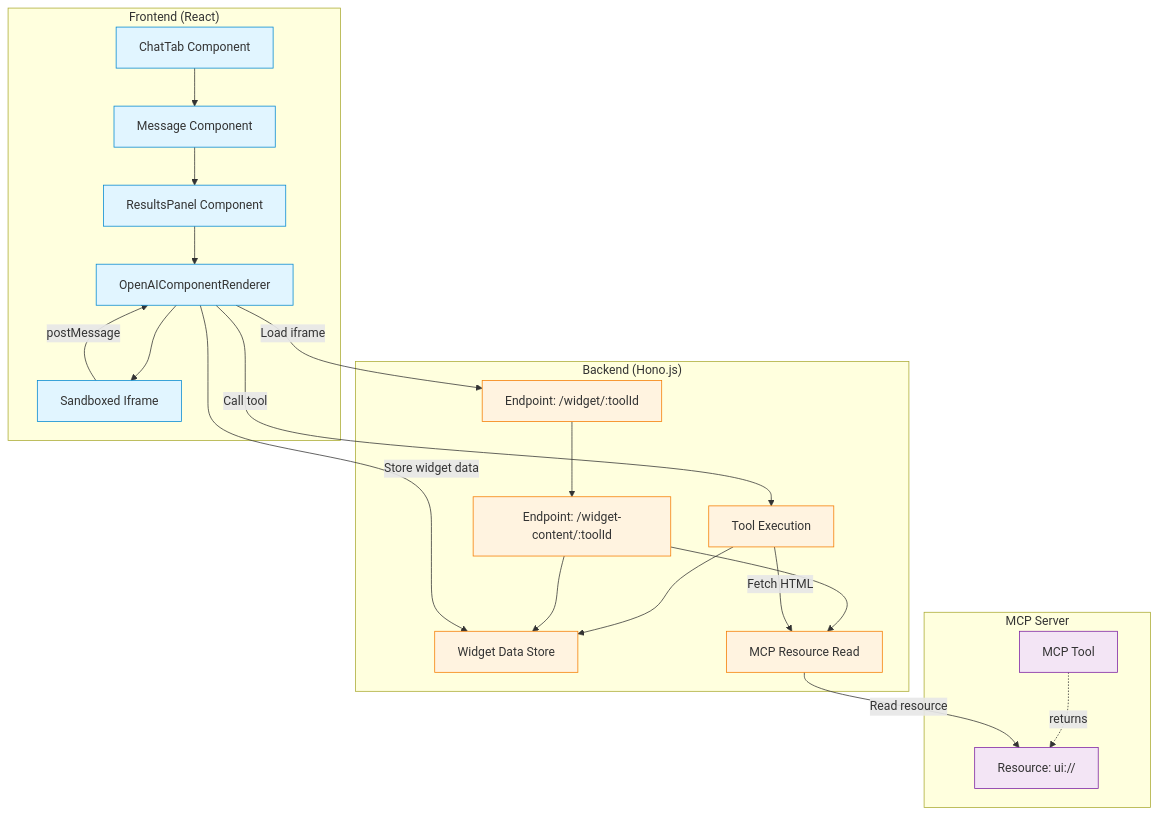
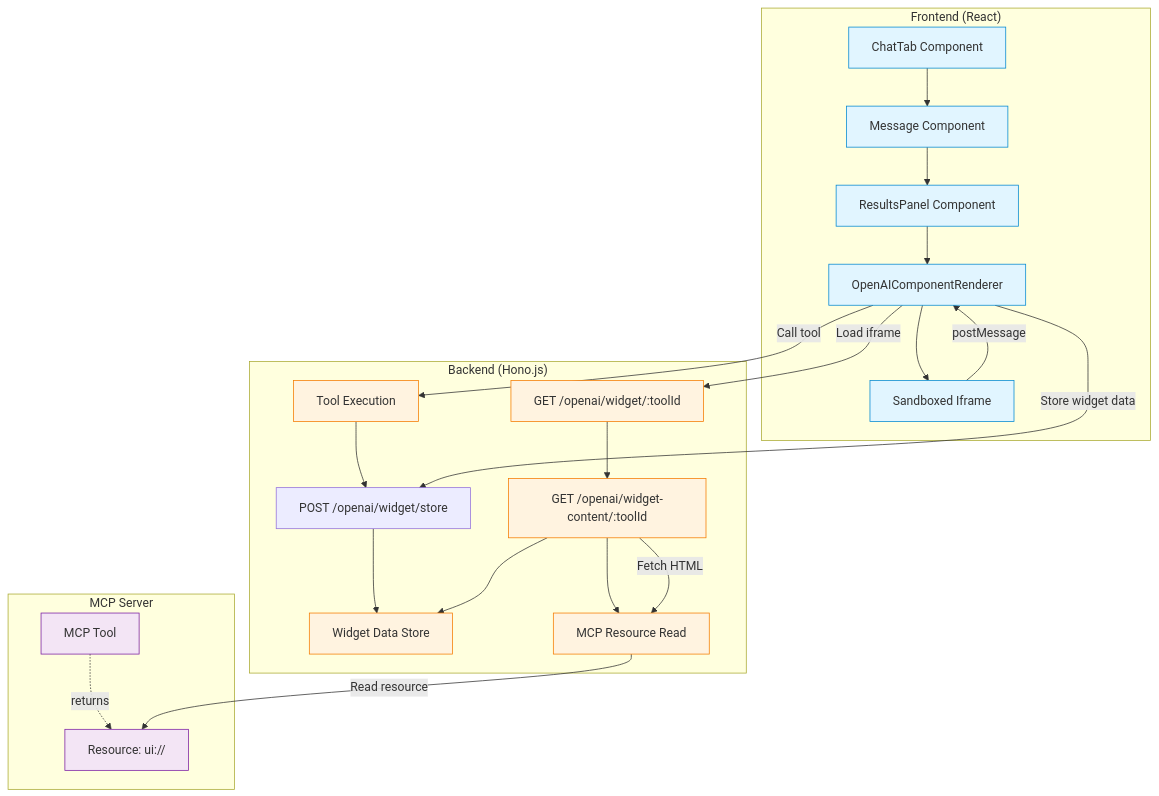
The first of 5 diagrams in docs/contributing/openai-sdk-architecture.mdx (MCPJam/inspector), drawn with Mermaid before and after one commit. The commit also changed other lines of this file and 1 other file, not shown here.

Commit message:
Update OpenAI SDK Architecture Documentation (#793)

````diff
--- a/docs/contributing/openai-sdk-architecture.mdx
+++ b/docs/contributing/openai-sdk-architecture.mdx
@@ -27,50 +29,52 @@
 ```mermaid
 graph TB
     subgraph Frontend["Frontend (React)"]
         Chat[ChatTab Component]
         Message[Message Component]
         Results[ResultsPanel Component]
         Renderer[OpenAIComponentRenderer]
         Iframe[Sandboxed Iframe]
 
         Chat --> Message
         Message --> Results
         Results --> Renderer
         Renderer --> Iframe
     end
 
     subgraph Backend["Backend (Hono.js)"]
         ToolExec[Tool Execution]
         Storage[Widget Data Store]
-        WidgetEndpoint["Endpoint: /widget/:toolId"]
-        ContentEndpoint["Endpoint: /widget-content/:toolId"]
+        StoreEndpoint["POST /openai/widget/store"]
+        WidgetEndpoint["GET /openai/widget/:toolId"]
+        ContentEndpoint["GET /openai/widget-content/:toolId"]
         MCPRead[MCP Resource Read]
 
-        ToolExec --> Storage
+        ToolExec --> StoreEndpoint
+        StoreEndpoint --> Storage
         WidgetEndpoint --> ContentEndpoint
         ContentEndpoint --> Storage
         ContentEndpoint --> MCPRead
     end
 
     subgraph MCPServer["MCP Server"]
         Tool[MCP Tool]
         Resource["Resource: ui://"]
 
         Tool -.returns.-> Resource
     end
 
-    Renderer -->|Store widget data| Storage
+    Renderer -->|Store widget data| StoreEndpoint
     Renderer -->|Load iframe| WidgetEndpoint
     Iframe -->|postMessage| Renderer
     Renderer -->|Call tool| ToolExec
-    ToolExec -->|Fetch HTML| MCPRead
+    ContentEndpoint -->|Fetch HTML| MCPRead
     MCPRead -->|Read resource| Resource
 
     classDef frontend fill:#e1f5ff,stroke:#0288d1
     classDef backend fill:#fff3e0,stroke:#f57c00
     classDef mcp fill:#f3e5f5,stroke:#7b1fa2
 
     class Chat,Message,Results,Renderer,Iframe frontend
     class ToolExec,Storage,WidgetEndpoint,ContentEndpoint,MCPRead backend
     class Tool,Resource mcp
 ```
````
